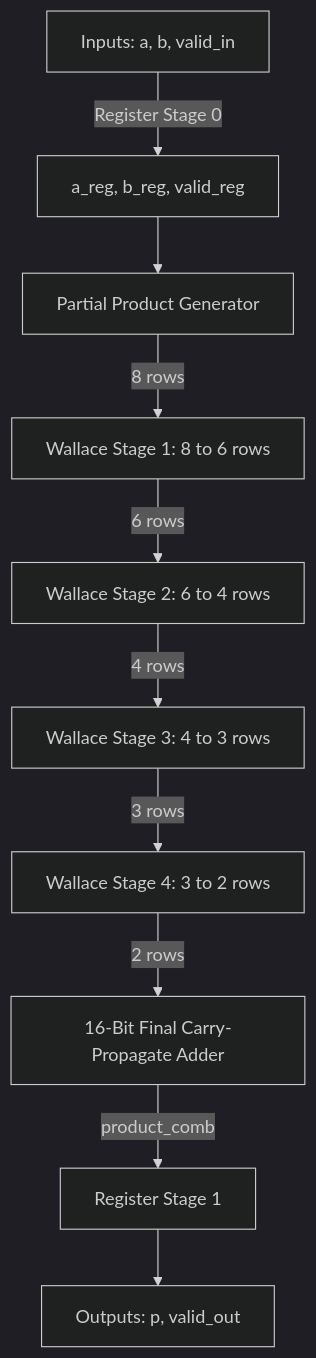
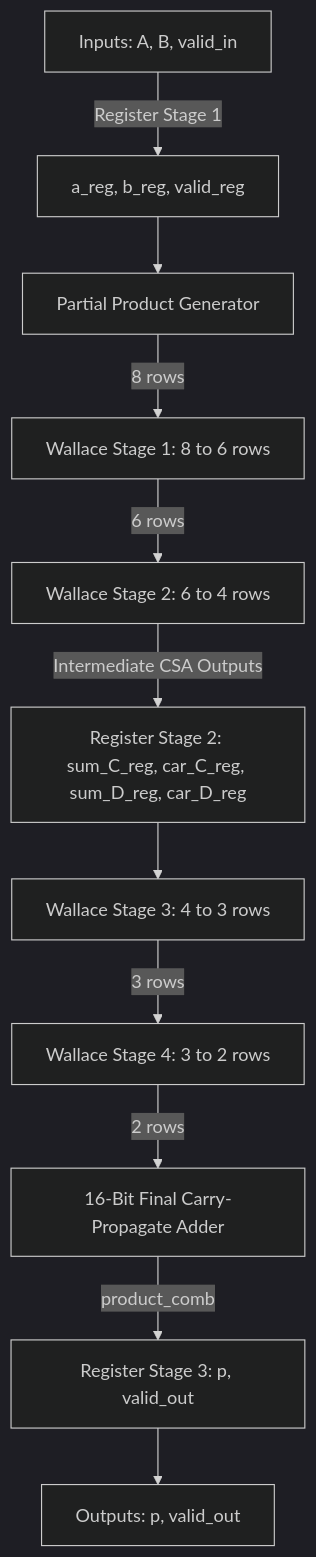
Before and after one commit to Dheemanth1202/Capstone-Project-1: the diagram in reports/wallace_report.md, drawn with Mermaid (dark theme). The commit also changed other lines of this file and 4 other files, not shown here.

Commit message:
feat: update design to 3-stage pipelined architecture matching specs

````diff
--- a/reports/wallace_report.md
+++ b/reports/wallace_report.md
@@ -75,12 +75,13 @@
 ```mermaid
 graph TD
-    A[Inputs: a, b, valid_in] -->|Register Stage 0| B[a_reg, b_reg, valid_reg]
+    A[Inputs: A, B, valid_in] -->|Register Stage 1| B[a_reg, b_reg, valid_reg]
     B --> C[Partial Product Generator]
     C -->|8 rows| D[Wallace Stage 1: 8 to 6 rows]
     D -->|6 rows| E[Wallace Stage 2: 6 to 4 rows]
-    E -->|4 rows| F[Wallace Stage 3: 4 to 3 rows]
-    F -->|3 rows| G[Wallace Stage 4: 3 to 2 rows]
-    G -->|2 rows| H[16-Bit Final Carry-Propagate Adder]
-    H -->|product_comb| I[Register Stage 1]
-    I --> J[Outputs: p, valid_out]
+    E -->|Intermediate CSA Outputs| F[Register Stage 2: sum_C_reg, car_C_reg, sum_D_reg, car_D_reg]
+    F --> G[Wallace Stage 3: 4 to 3 rows]
+    G -->|3 rows| H[Wallace Stage 4: 3 to 2 rows]
+    H -->|2 rows| I[16-Bit Final Carry-Propagate Adder]
+    I -->|product_comb| J[Register Stage 3: p, valid_out]
+    J --> K[Outputs: p, valid_out]
 ```
````
